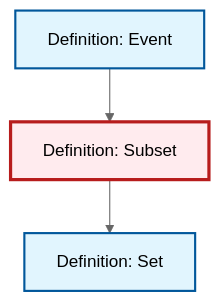
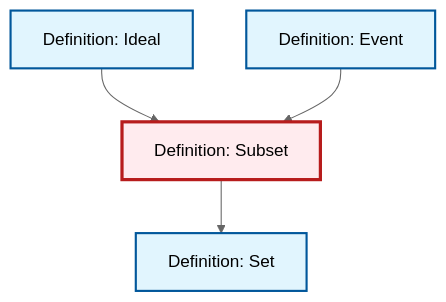
Before and after one commit to RK0429/ModernMath: the diagram in content/en/logic-set-theory/def-subset.qmd, drawn with Mermaid (neutral theme). The commit also changed 530 other files, not shown here.

````diff
--- a/content/en/logic-set-theory/def-subset.qmd
+++ b/content/en/logic-set-theory/def-subset.qmd
@@ -49,17 +49,20 @@
 ```{mermaid}
 %%| fig-cap: "Local dependency graph"
 graph TD
     classDef definition fill:#e1f5fe,stroke:#01579b,stroke-width:2px
     classDef theorem fill:#f3e5f5,stroke:#4a148c,stroke-width:2px
     classDef axiom fill:#fff3e0,stroke:#e65100,stroke-width:2px
     classDef example fill:#e8f5e9,stroke:#1b5e20,stroke-width:2px
     classDef current fill:#ffebee,stroke:#b71c1c,stroke-width:3px
+    def-subset["Definition: Subset"]:::definition
+    def-ideal["Definition: Ideal"]:::definition
+    def-event["Definition: Event"]:::definition
     def-set["Definition: Set"]:::definition
-    def-subset["Definition: Subset"]:::definition
-    def-event["Definition: Event"]:::definition
+    def-ideal --> def-subset
+    def-event --> def-subset
     def-subset --> def-set
-    def-event --> def-subset
     class def-subset current
+    click def-ideal "def-ideal.html" "Go to Ideal definition"
+    click def-event "def-event.html" "Go to Event definition"
     click def-set "def-set.html" "Go to Set definition"
-    click def-event "def-event.html" "Go to Event definition"
 ```
````
